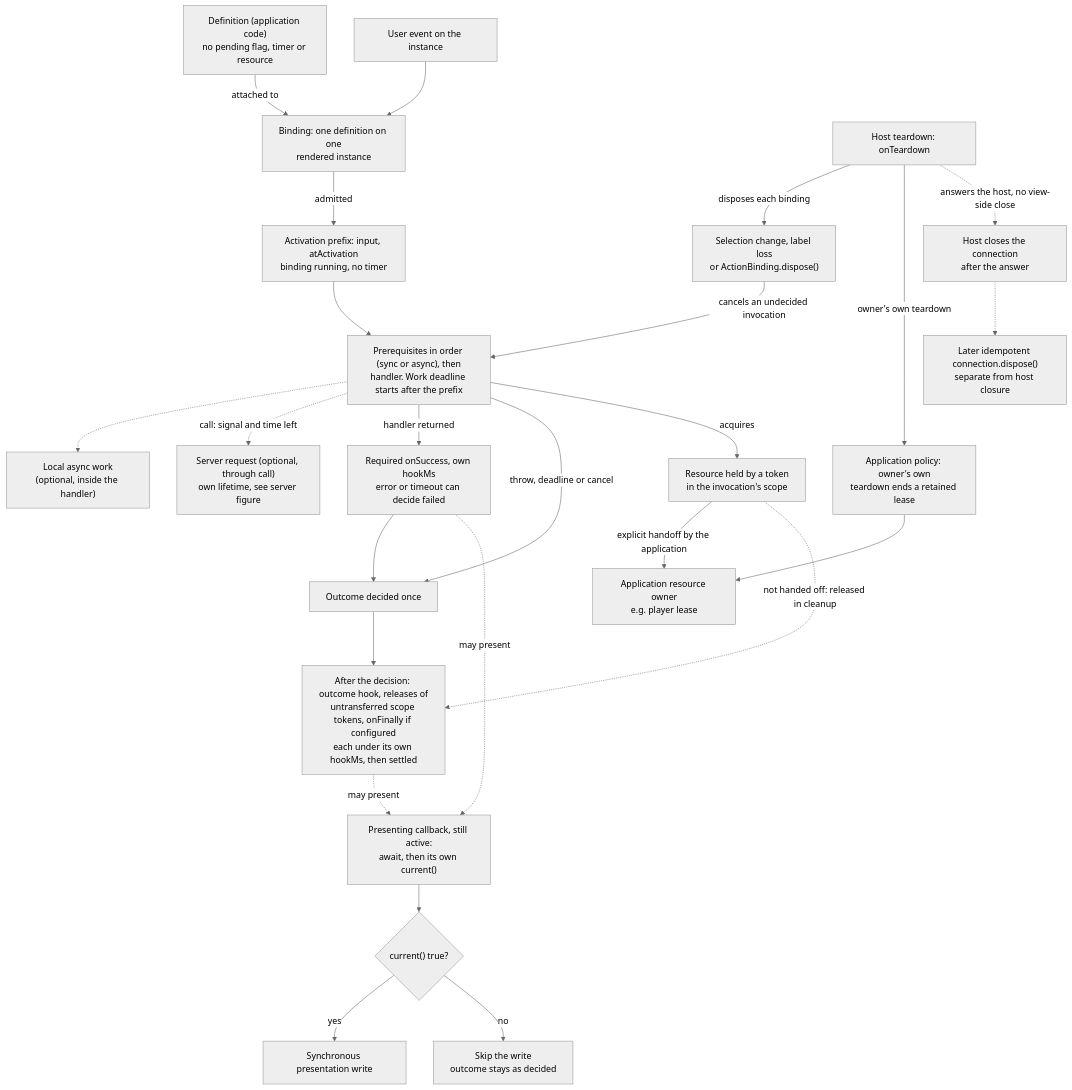
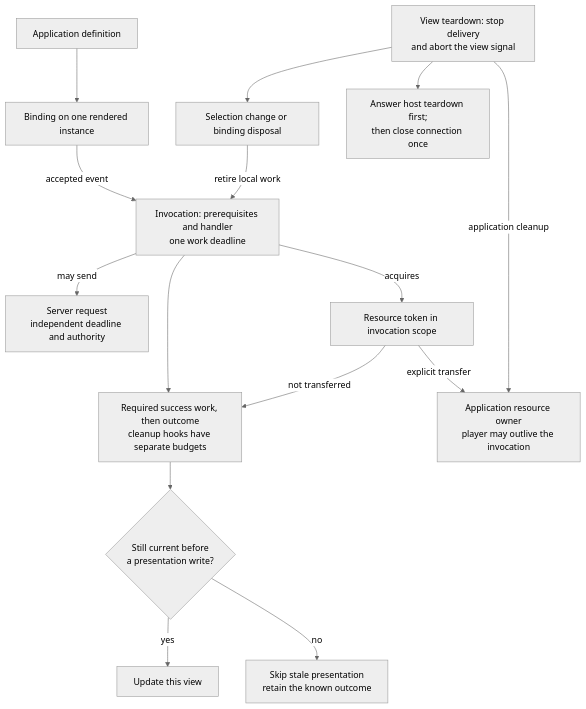
One commit to MachineWisdomAI/saga-a2ui changed the diagram in diagrams/request-view-lifetimes.mmd. Above: the diagram before and after it, drawn with Mermaid (neutral theme). The commit also changed 37 other files, not shown here.

Commit message:
docs: explain action and request lifecycle ownership

```diff
--- a/diagrams/request-view-lifetimes.mmd
+++ b/diagrams/request-view-lifetimes.mmd
@@ -1,46 +1,15 @@
-graph TD
-  D["Definition (application code)<br/>no pending flag, timer or resource"]
-  B["Binding: one definition on one<br/>rendered instance"]
-  E["User event on the instance"]
-  P["Activation prefix: input, atActivation<br/>binding running, no timer"]
-  Q["Prerequisites in order (sync or async), then<br/>handler. Work deadline starts after the prefix"]
-  L["Local async work<br/>(optional, inside the handler)"]
-  S["Server request (optional, through call)<br/>own lifetime, see server figure"]
-  SH["Required onSuccess, own hookMs<br/>error or timeout can decide failed"]
-  H["Outcome decided once"]
-  FH["After the decision: outcome hook, releases of<br/>untransferred scope tokens, onFinally if configured<br/>each under its own hookMs, then settled"]
-  C["Presenting callback, still active:<br/>await, then its own current()"]
-  F{"current() true?"}
-  W["Synchronous presentation write"]
-  X["Skip the write<br/>outcome stays as decided"]
-  R["Resource held by a token<br/>in the invocation's scope"]
-  O["Application resource owner<br/>e.g. player lease"]
-  OT["Application policy: owner's own<br/>teardown ends a retained lease"]
-  T["Selection change, label loss<br/>or ActionBinding.dispose()"]
-  HT["Host teardown: onTeardown"]
-  HC["Host closes the connection<br/>after the answer"]
-  K["Later idempotent connection.dispose()<br/>separate from host closure"]
-  D -->|attached to| B
-  E --> B
-  B -->|admitted| P
-  P --> Q
-  Q -.-> L
-  Q -.->|call: signal and time left| S
-  Q -->|handler returned| SH
-  Q -->|throw, deadline or cancel| H
-  SH --> H
-  H --> FH
-  SH -.->|may present| C
-  FH -.->|may present| C
-  C --> F
-  F -->|yes| W
-  F -->|no| X
-  Q -->|acquires| R
-  R -->|explicit handoff by the application| O
-  R -.->|not handed off: released in cleanup| FH
-  T -->|cancels an undecided invocation| Q
-  HT -->|disposes each binding| T
-  HT -->|owner's own teardown| OT
-  OT --> O
-  HT -.->|answers the host, no view-side close| HC
-  HC -.-> K
+flowchart TD
+  D["Application definition"] --> B["Binding on one rendered instance"]
+  B -->|"accepted event"| I["Invocation: prerequisites and handler<br/>one work deadline"]
+  I -->|"may send"| S["Server request<br/>independent deadline and authority"]
+  I --> H["Required success work, then outcome<br/>cleanup hooks have separate budgets"]
+  H --> C{"Still current before<br/>a presentation write?"}
+  C -->|"yes"| W["Update this view"]
+  C -->|"no"| X["Skip stale presentation<br/>retain the known outcome"]
+  I -->|"acquires"| R["Resource token in invocation scope"]
+  R -->|"explicit transfer"| O["Application resource owner<br/>player may outlive the invocation"]
+  R -->|"not transferred"| H
+  T["Selection change or binding disposal"] -->|"retire local work"| I
+  V["View teardown: stop delivery<br/>and abort the view signal"] --> T
+  V -->|"application cleanup"| O
+  V --> K["Answer host teardown first;<br/>then close connection once"]
```
